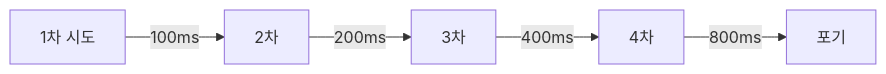
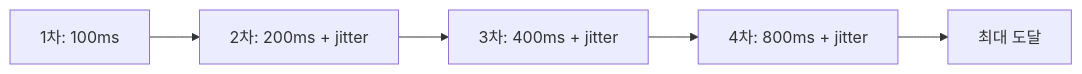
The fourth of 6 diagrams in src/content/backend/go/enterprise-go-6-resilient-communication.md (KimSeogyu/KimSeogyu.github.io), drawn with Mermaid before and after one commit. The commit also changed other lines of this file and 7 other files, not shown here.

````diff
--- a/src/content/backend/go/enterprise-go-6-resilient-communication.md
+++ b/src/content/backend/go/enterprise-go-6-resilient-communication.md
@@ -98,7 +94,7 @@
 ```mermaid
 graph LR
-    R1[1차 시도] -->|100ms| R2[2차]
-    R2 -->|200ms| R3[3차]
-    R3 -->|400ms| R4[4차]
-    R4 -->|800ms| FAIL[포기]
+    R1["1차: 100ms"] --> R2["2차: 200ms + jitter"]
+    R2 --> R3["3차: 400ms + jitter"]
+    R3 --> R4["4차: 800ms + jitter"]
+    R4 --> FAIL[최대 도달]
 ```
````
